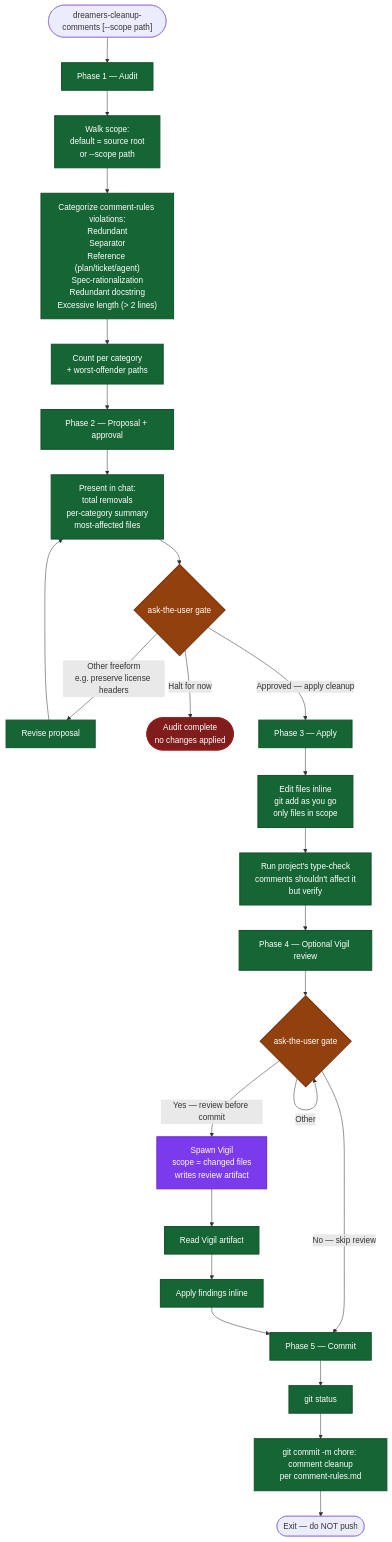
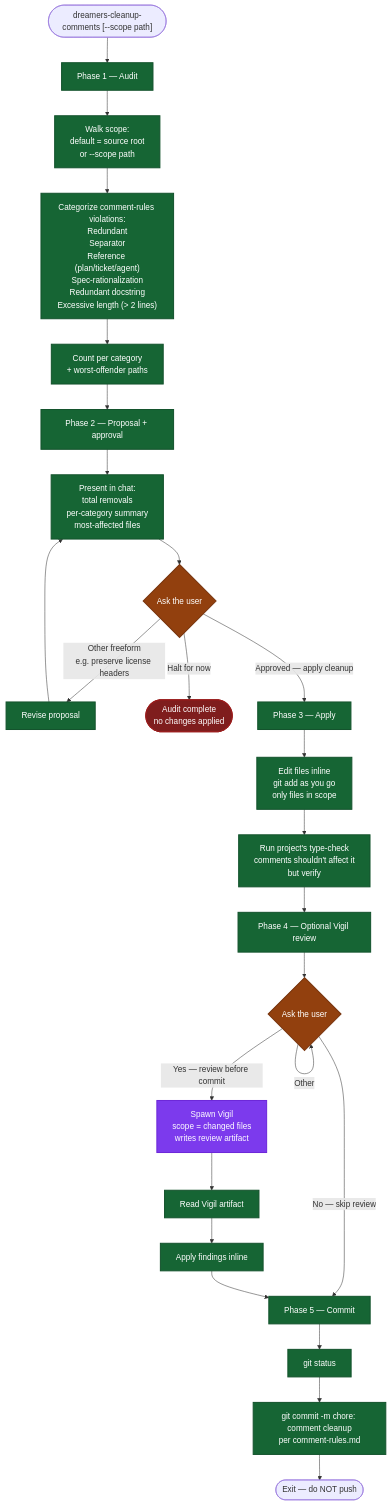
The diagram in skills/dreamers-cleanup-comments/readme.md (mrStorrs/dreamers-codex), drawn with Mermaid before and after one commit. The commit also changed 73 other files, not shown here.

````diff
--- a/skills/dreamers-cleanup-comments/readme.md
+++ b/skills/dreamers-cleanup-comments/readme.md
@@ -5,42 +5,42 @@
 ```mermaid
 flowchart TD
     Start(["dreamers-cleanup-comments [--scope path]"]) --> P1
 
     P1["Phase 1 — Audit"] --> Walk["Walk scope:<br/>default = source root<br/>or --scope path"]
     Walk --> Categorize["Categorize comment-rules violations:<br/>Redundant<br/>Separator<br/>Reference (plan/ticket/agent)<br/>Spec-rationalization<br/>Redundant docstring<br/>Excessive length (> 2 lines)"]
     Categorize --> CountReport["Count per category<br/>+ worst-offender paths"]
     CountReport --> P2
 
     P2["Phase 2 — Proposal + approval"] --> Propose["Present in chat:<br/>total removals<br/>per-category summary<br/>most-affected files"]
-    Propose --> ApprovalGate{"ask-the-user gate"}
+    Propose --> ApprovalGate{"Ask the user"}
     ApprovalGate -->|"Other freeform<br/>e.g. preserve license headers"| Revise["Revise proposal"]
     Revise --> Propose
     ApprovalGate -->|Halt for now| HaltA(["Audit complete<br/>no changes applied"])
     ApprovalGate -->|Approved — apply cleanup| P3
 
     P3["Phase 3 — Apply"] --> Apply["Edit files inline<br/>git add as you go<br/>only files in scope"]
     Apply --> TypeCheck["Run project's type-check<br/>comments shouldn't affect it<br/>but verify"]
     TypeCheck --> P4
 
-    P4["Phase 4 — Optional Vigil review"] --> ReviewGate{"ask-the-user gate"}
+    P4["Phase 4 — Optional Vigil review"] --> ReviewGate{"Ask the user"}
     ReviewGate -->|Other| ReviewGate
     ReviewGate -->|No — skip review| P5
     ReviewGate -->|Yes — review before commit| SpawnVigil["Spawn Vigil<br/>scope = changed files<br/>writes review artifact"]
     SpawnVigil --> ReadArtifact["Read Vigil artifact"]
     ReadArtifact --> ApplyFindings["Apply findings inline"]
     ApplyFindings --> P5
 
     P5["Phase 5 — Commit"] --> Status["git status"]
     Status --> Commit["git commit -m chore: comment cleanup<br/>per comment-rules.md"]
     Commit --> End(["Exit — do NOT push"])
 
     classDef gate fill:#92400e,stroke:#78350f,stroke-width:2px,color:#fff
     classDef halt fill:#7f1d1d,stroke:#991b1b,stroke-width:2px,color:#fff
     classDef phase fill:#166534,stroke:#14532d,stroke-width:2px,color:#fff
     classDef agent fill:#7c3aed,stroke:#6d28d9,stroke-width:2px,color:#fff
 
     class ApprovalGate,ReviewGate gate
     class HaltA halt
     class SpawnVigil agent
     class P1,P2,P3,P4,P5,Walk,Categorize,CountReport,Propose,Revise,Apply,TypeCheck,ReadArtifact,ApplyFindings,Status,Commit phase
 ```
````
